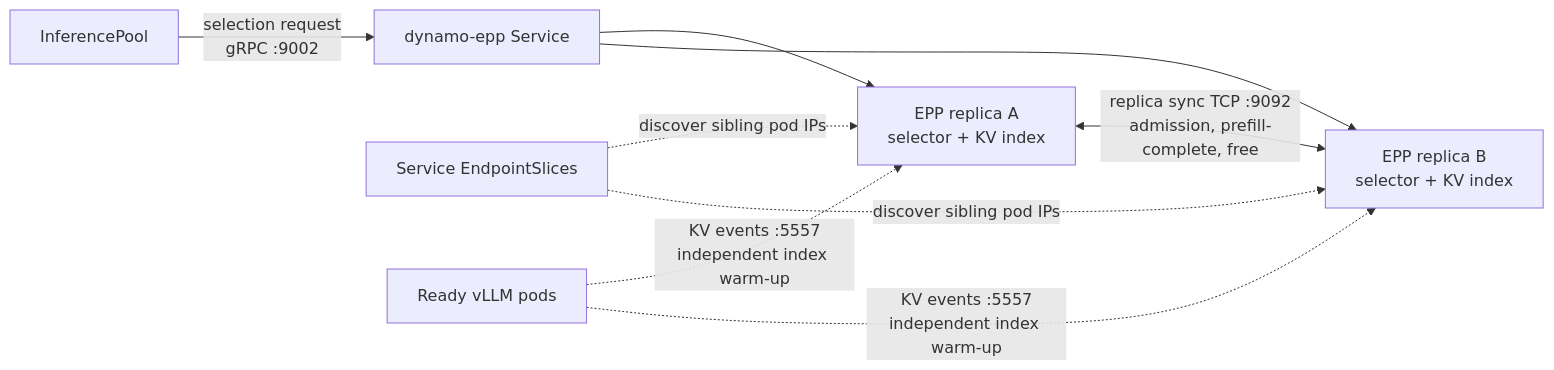
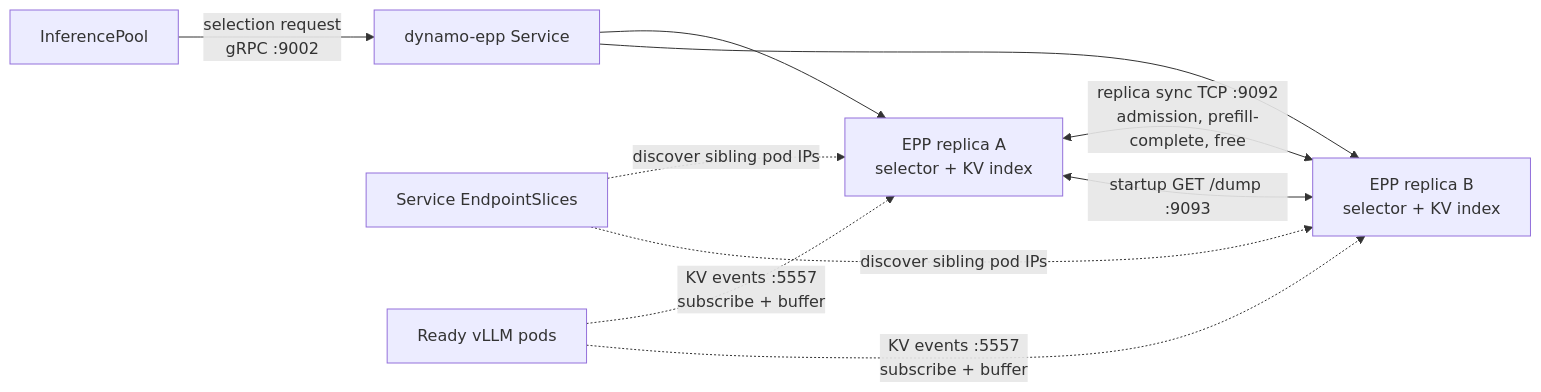
Before and after one commit to ai-dynamo/dynamo: the second of 2 diagrams in docs/fern/pages/kubernetes/kv-aware-routing/vanilla-vllm-onramp.mdx, drawn with Mermaid. The commit also changed other lines of this file and 8 other files, not shown here.

````diff
--- a/docs/fern/pages/kubernetes/kv-aware-routing/vanilla-vllm-onramp.mdx
+++ b/docs/fern/pages/kubernetes/kv-aware-routing/vanilla-vllm-onramp.mdx
@@ -474,11 +479,12 @@
 ```mermaid
 flowchart LR
     Pool["InferencePool"] -->|"selection request<br/>gRPC :9002"| Service["dynamo-epp Service"]
     Service --> ReplicaA["EPP replica A<br/>selector + KV index"]
     Service --> ReplicaB["EPP replica B<br/>selector + KV index"]
     Slices["Service EndpointSlices"] -. "discover sibling pod IPs" .-> ReplicaA
     Slices -. "discover sibling pod IPs" .-> ReplicaB
-    Workers["Ready vLLM pods"] -. "KV events :5557<br/>independent index warm-up" .-> ReplicaA
-    Workers -. "KV events :5557<br/>independent index warm-up" .-> ReplicaB
+    Workers["Ready vLLM pods"] -. "KV events :5557<br/>subscribe + buffer" .-> ReplicaA
+    Workers -. "KV events :5557<br/>subscribe + buffer" .-> ReplicaB
     ReplicaA <-->|"replica sync TCP :9092<br/>admission, prefill-complete, free"| ReplicaB
+    ReplicaA <-->|"startup GET /dump :9093"| ReplicaB
 ```
````
